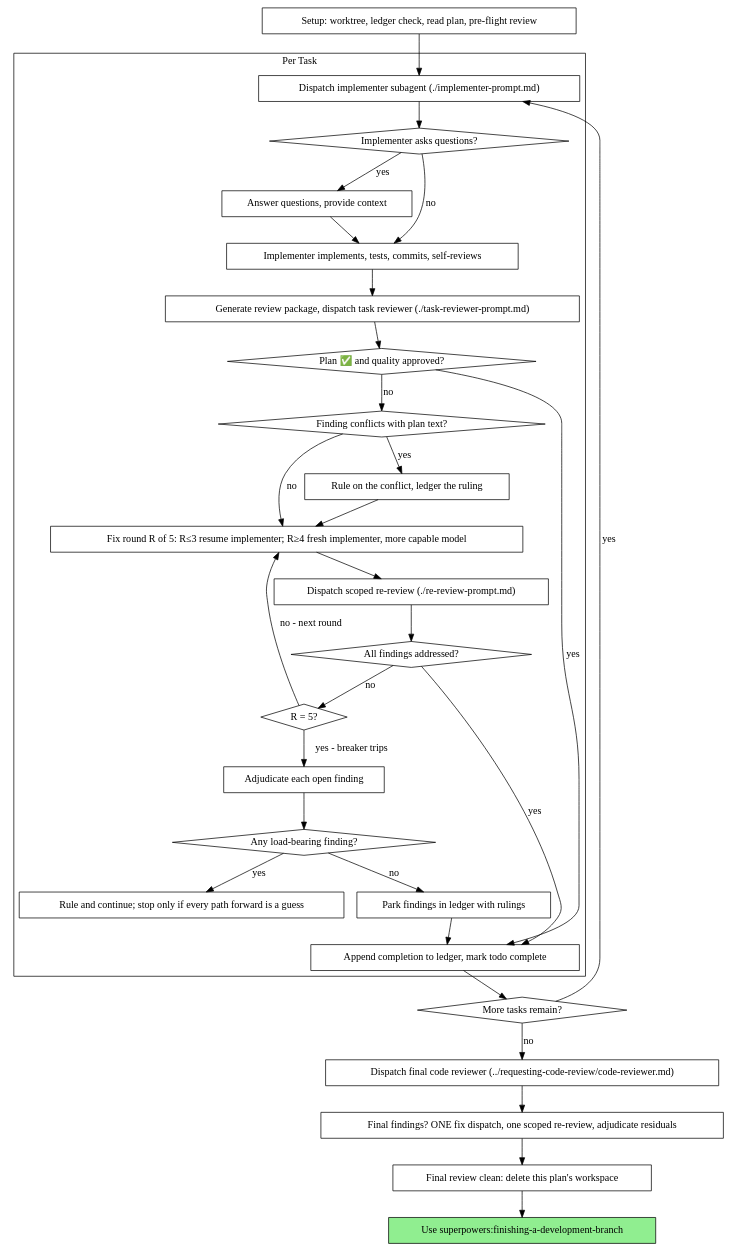
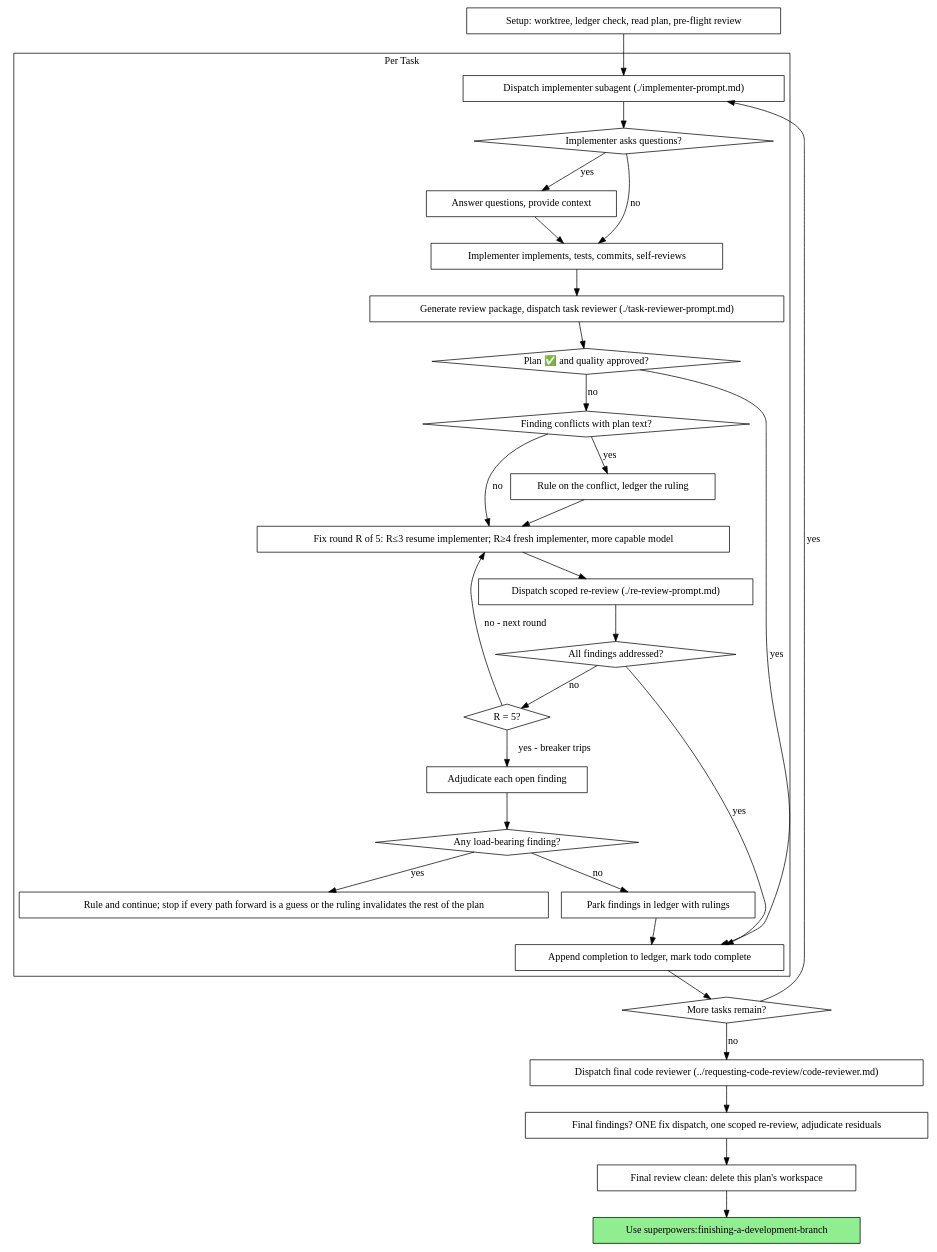
Before and after one commit to mtschoen/superpowers: the second of 2 diagrams in skills/subagent-driven-development/SKILL.md, drawn with Graphviz. The commit also changed other lines of this file and 1 other file, not shown here.

First line of the commit message:
fix: stop on plan-invalidating rulings and keep the planned-bug rule

````diff
--- a/skills/subagent-driven-development/SKILL.md
+++ b/skills/subagent-driven-development/SKILL.md
@@ -61,62 +62,62 @@
 ```dot
 digraph process {
     rankdir=TB;
 
     subgraph cluster_per_task {
         label="Per Task";
         "Dispatch implementer subagent (./implementer-prompt.md)" [shape=box];
         "Implementer asks questions?" [shape=diamond];
         "Answer questions, provide context" [shape=box];
         "Implementer implements, tests, commits, self-reviews" [shape=box];
         "Generate review package, dispatch task reviewer (./task-reviewer-prompt.md)" [shape=box];
         "Plan ✅ and quality approved?" [shape=diamond];
         "Finding conflicts with plan text?" [shape=diamond];
         "Rule on the conflict, ledger the ruling" [shape=box];
         "Fix round R of 5: R≤3 resume implementer; R≥4 fresh implementer, more capable model" [shape=box];
         "Dispatch scoped re-review (./re-review-prompt.md)" [shape=box];
         "All findings addressed?" [shape=diamond];
         "R = 5?" [shape=diamond];
         "Adjudicate each open finding" [shape=box];
         "Any load-bearing finding?" [shape=diamond];
-        "Rule and continue; stop only if every path forward is a guess" [shape=box];
+        "Rule and continue; stop if every path forward is a guess or the ruling invalidates the rest of the plan" [shape=box];
         "Park findings in ledger with rulings" [shape=box];
         "Append completion to ledger, mark todo complete" [shape=box];
     }
 
     "Setup: worktree, ledger check, read plan, pre-flight review" [shape=box];
     "More tasks remain?" [shape=diamond];
     "Dispatch final code reviewer (../requesting-code-review/code-reviewer.md)" [shape=box];
     "Final findings? ONE fix dispatch, one scoped re-review, adjudicate residuals" [shape=box];
     "Final review clean: delete this plan's workspace" [shape=box];
     "Use superpowers:finishing-a-development-branch" [shape=box style=filled fillcolor=lightgreen];
 
     "Setup: worktree, ledger check, read plan, pre-flight review" -> "Dispatch implementer subagent (./implementer-prompt.md)";
     "Dispatch implementer subagent (./implementer-prompt.md)" -> "Implementer asks questions?";
     "Implementer asks questions?" -> "Answer questions, provide context" [label="yes"];
     "Answer questions, provide context" -> "Implementer implements, tests, commits, self-reviews";
     "Implementer asks questions?" -> "Implementer implements, tests, commits, self-reviews" [label="no"];
     "Implementer implements, tests, commits, self-reviews" -> "Generate review package, dispatch task reviewer (./task-reviewer-prompt.md)";
     "Generate review package, dispatch task reviewer (./task-reviewer-prompt.md)" -> "Plan ✅ and quality approved?";
     "Plan ✅ and quality approved?" -> "Append completion to ledger, mark todo complete" [label="yes"];
     "Plan ✅ and quality approved?" -> "Finding conflicts with plan text?" [label="no"];
     "Finding conflicts with plan text?" -> "Rule on the conflict, ledger the ruling" [label="yes"];
     "Rule on the conflict, ledger the ruling" -> "Fix round R of 5: R≤3 resume implementer; R≥4 fresh implementer, more capable model";
     "Finding conflicts with plan text?" -> "Fix round R of 5: R≤3 resume implementer; R≥4 fresh implementer, more capable model" [label="no"];
     "Fix round R of 5: R≤3 resume implementer; R≥4 fresh implementer, more capable model" -> "Dispatch scoped re-review (./re-review-prompt.md)";
     "Dispatch scoped re-review (./re-review-prompt.md)" -> "All findings addressed?";
     "All findings addressed?" -> "Append completion to ledger, mark todo complete" [label="yes"];
     "All findings addressed?" -> "R = 5?" [label="no"];
     "R = 5?" -> "Fix round R of 5: R≤3 resume implementer; R≥4 fresh implementer, more capable model" [label="no - next round"];
     "R = 5?" -> "Adjudicate each open finding" [label="yes - breaker trips"];
     "Adjudicate each open finding" -> "Any load-bearing finding?";
-    "Any load-bearing finding?" -> "Rule and continue; stop only if every path forward is a guess" [label="yes"];
+    "Any load-bearing finding?" -> "Rule and continue; stop if every path forward is a guess or the ruling invalidates the rest of the plan" [label="yes"];
     "Any load-bearing finding?" -> "Park findings in ledger with rulings" [label="no"];
     "Park findings in ledger with rulings" -> "Append completion to ledger, mark todo complete";
     "Append completion to ledger, mark todo complete" -> "More tasks remain?";
     "More tasks remain?" -> "Dispatch implementer subagent (./implementer-prompt.md)" [label="yes"];
     "More tasks remain?" -> "Dispatch final code reviewer (../requesting-code-review/code-reviewer.md)" [label="no"];
     "Dispatch final code reviewer (../requesting-code-review/code-reviewer.md)" -> "Final findings? ONE fix dispatch, one scoped re-review, adjudicate residuals";
     "Final findings? ONE fix dispatch, one scoped re-review, adjudicate residuals" -> "Final review clean: delete this plan's workspace";
     "Final review clean: delete this plan's workspace" -> "Use superpowers:finishing-a-development-branch";
 }
 ```
````
